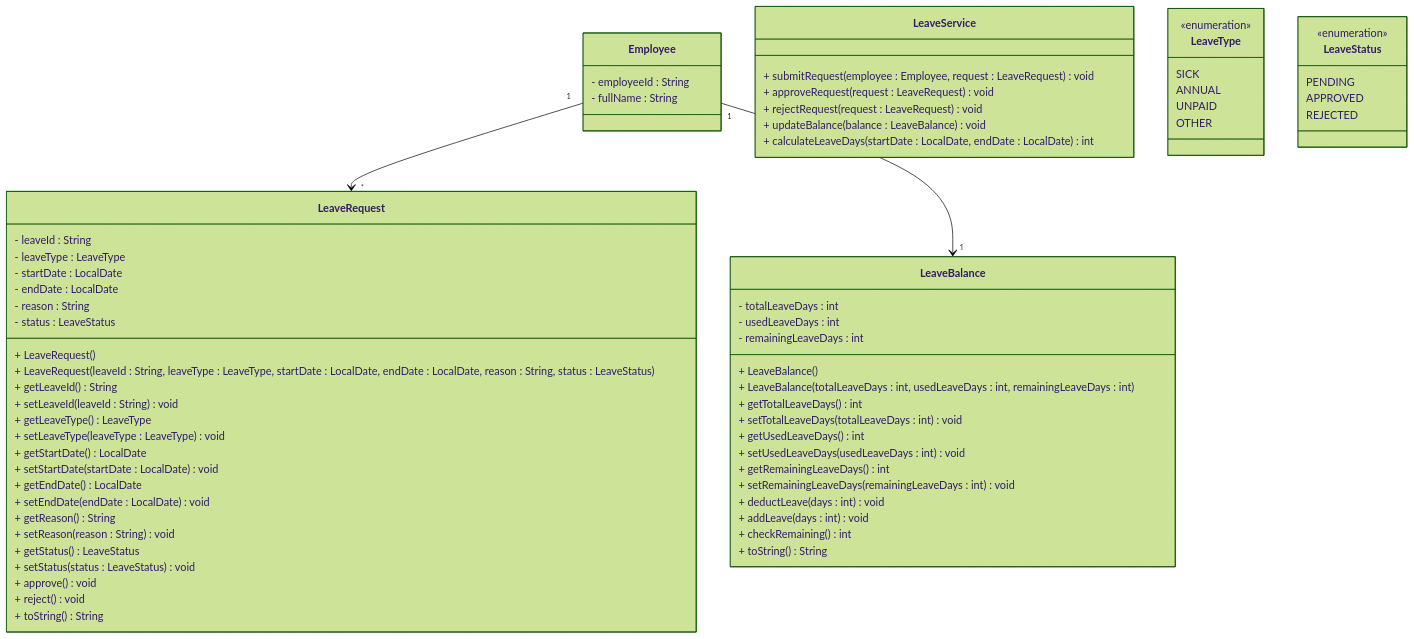
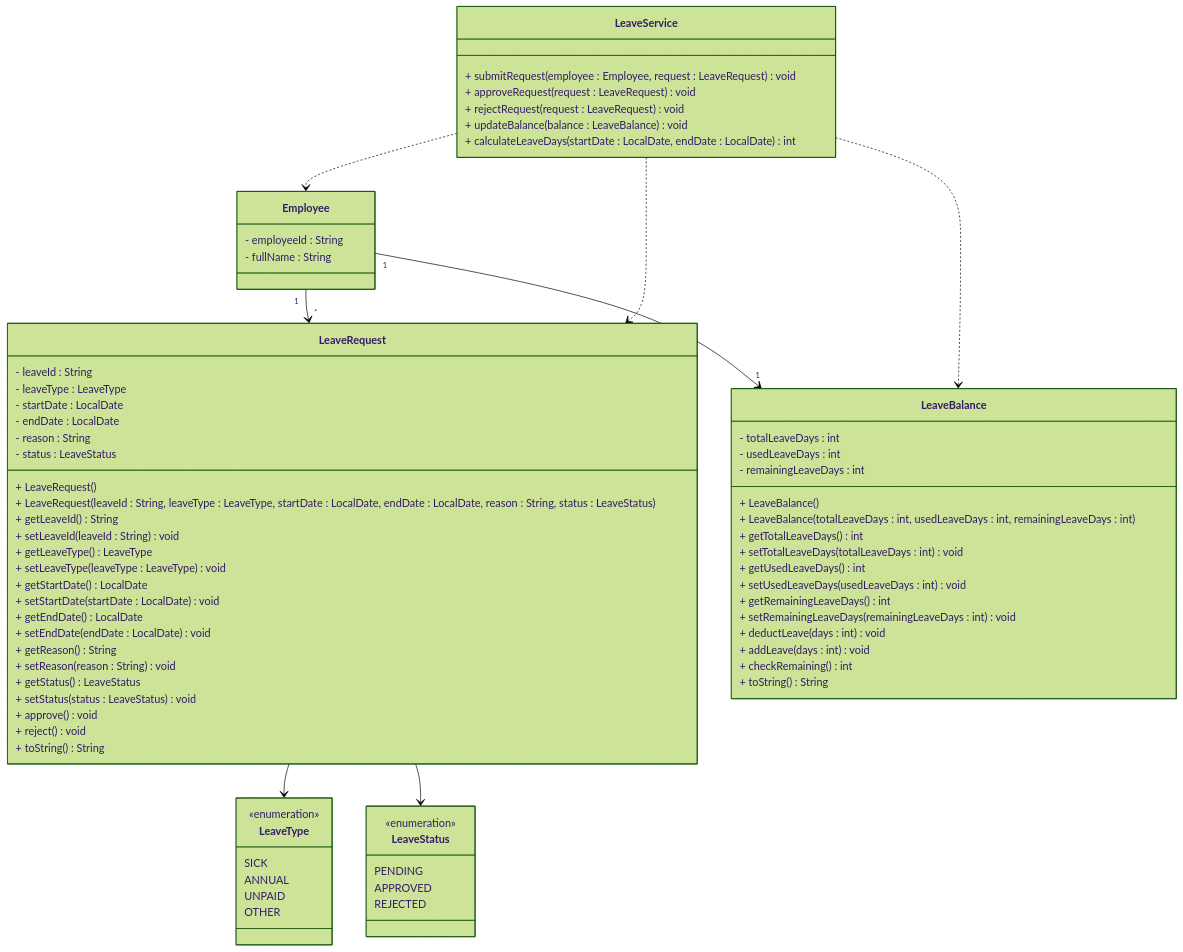
The diagram in docs/diagrams/class 3.md (kincrimson987/LAB211-Nhom-5), drawn with Mermaid (forest theme) before and after one commit.

Commit message:
Update class 3.md

````diff
--- a/docs/diagrams/class 3.md
+++ b/docs/diagrams/class 3.md
@@ -90,4 +90,12 @@
 
 Employee "1" --> "*" LeaveRequest
 Employee "1" --> "1" LeaveBalance
+
+
+LeaveService ..> Employee
+LeaveService ..> LeaveRequest
+LeaveService ..> LeaveBalance
+
+LeaveRequest --> LeaveType
+LeaveRequest --> LeaveStatus
 ```
````
